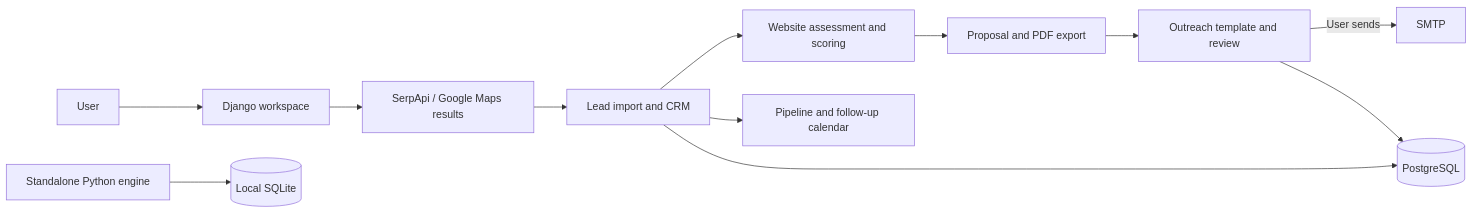
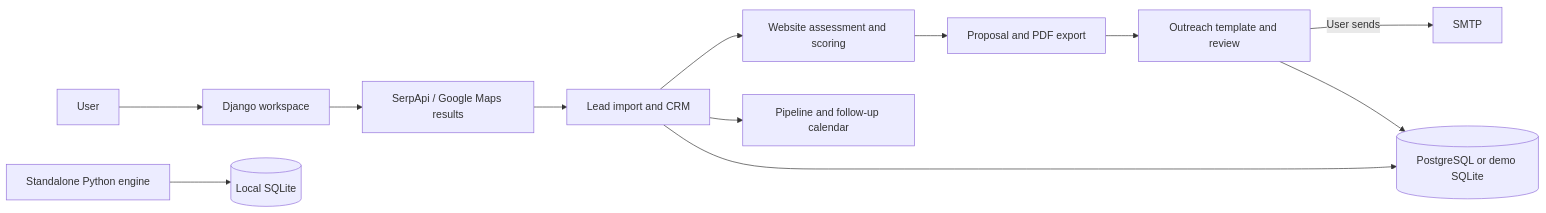
Before and after one commit to Heemab/clientpilot-ai-showcase: the diagram in README.md, drawn with Mermaid. The commit also changed other lines of this file and 3 other files, not shown here.

Commit message:
Document and enable the SQLite portfolio demo

````diff
--- a/README.md
+++ b/README.md
@@ -18,14 +18,14 @@
 ```mermaid
 flowchart LR
     U[User] --> W[Django workspace]
     W --> S[SerpApi / Google Maps results]
     S --> C[Lead import and CRM]
     C --> A[Website assessment and scoring]
     A --> P[Proposal and PDF export]
     P --> D[Outreach template and review]
     D -->|User sends| M[SMTP]
     C --> T[Pipeline and follow-up calendar]
-    C --> DB[(PostgreSQL)]
+    C --> DB[(PostgreSQL or demo SQLite)]
     D --> DB
     E[Standalone Python engine] --> L[(Local SQLite)]
 ```
````
